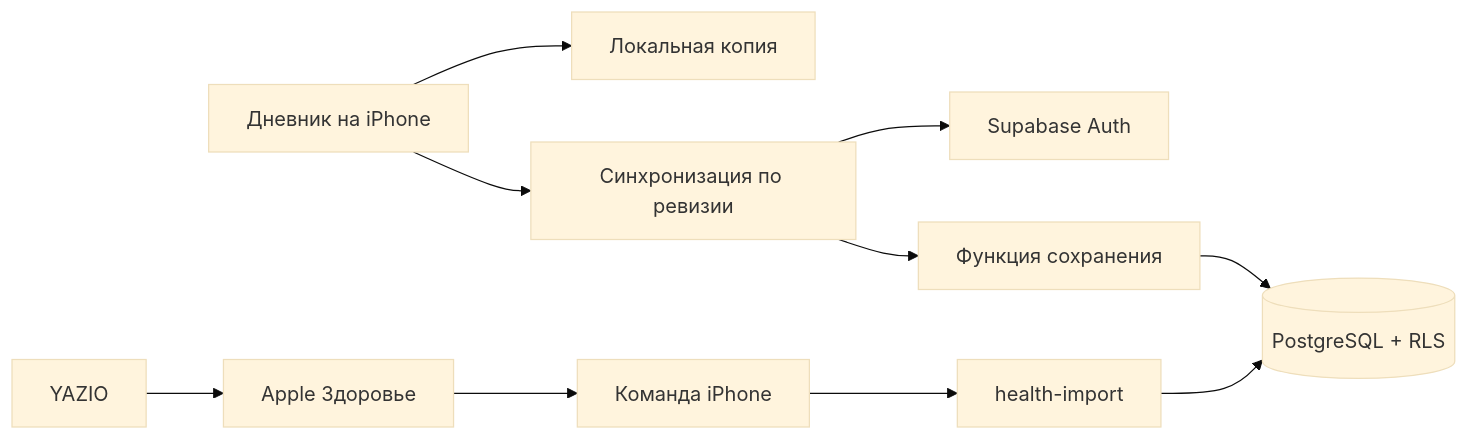
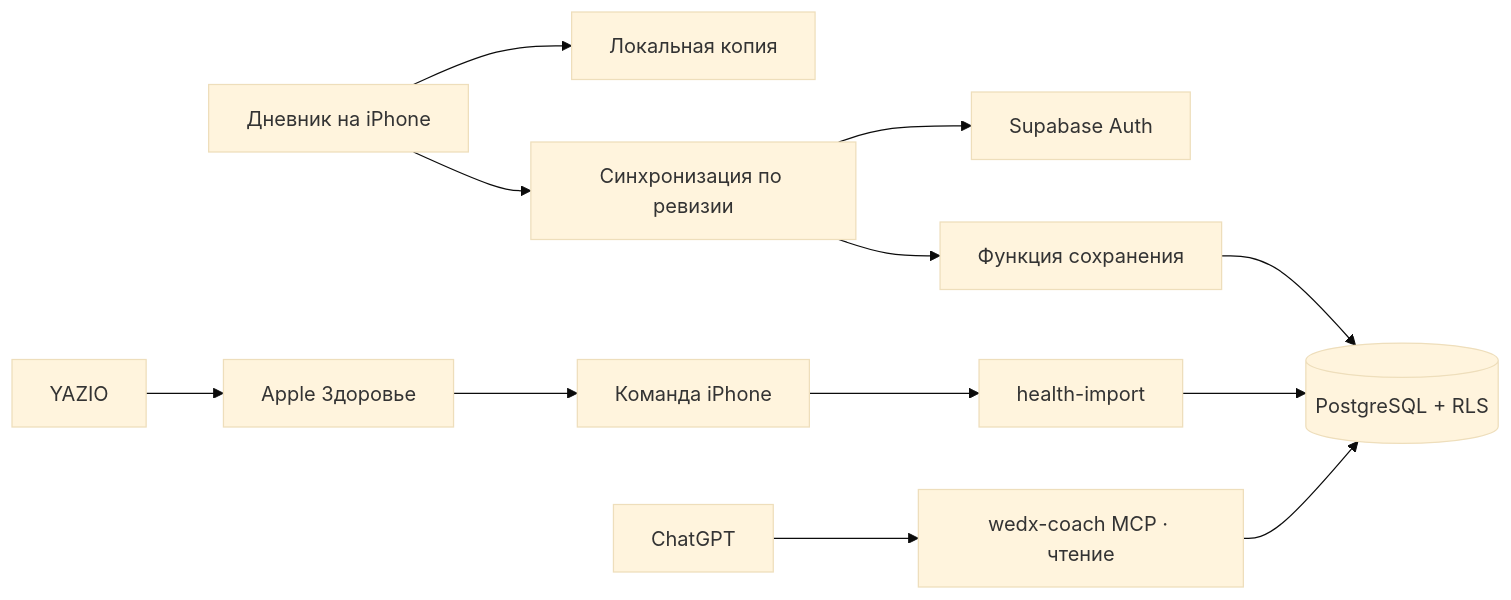
Before and after one commit to AzamatYessimkhanily/WEDX: the diagram in docs/ARCHITECTURE.md, drawn with Mermaid (base theme). The commit also changed other lines of this file and 21 other files, not shown here.

Commit message:
Connect ChatGPT to read-only WEDX fitness data over MCP

````diff
--- a/docs/ARCHITECTURE.md
+++ b/docs/ARCHITECTURE.md
@@ -5,12 +5,14 @@
 ```mermaid
 flowchart LR
   UI[Дневник на iPhone] --> Local[Локальная копия]
   UI --> Sync[Синхронизация по ревизии]
   Sync --> Auth[Supabase Auth]
   Sync --> RPC[Функция сохранения]
   RPC --> DB[(PostgreSQL + RLS)]
   YAZIO --> Health[Apple Здоровье]
   Health --> Shortcut[Команда iPhone]
   Shortcut --> Edge[health-import]
   Edge --> DB
+  ChatGPT --> Coach[wedx-coach MCP · чтение]
+  Coach --> DB
 ```
````
